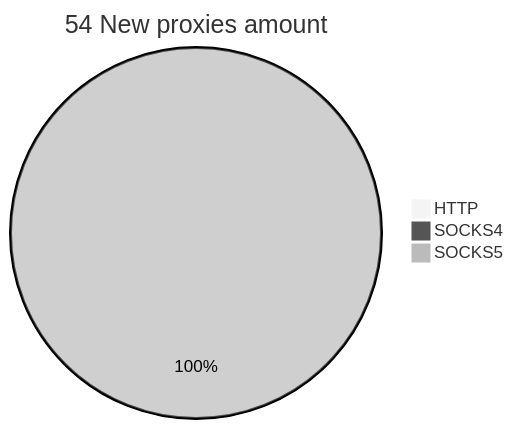
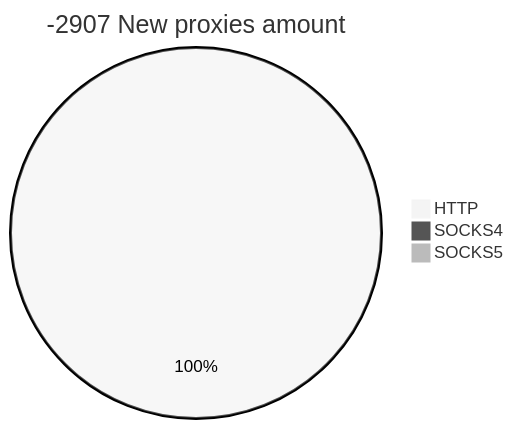
The second of 2 diagrams in README.md (cutipu/proxylist), drawn with Mermaid (neutral theme) before and after one commit. The commit also changed other lines of this file, not shown here.

````diff
--- a/README.md
+++ b/README.md
@@ -10,6 +10,6 @@
 ```mermaid
-pie title 54 New proxies amount
-    "HTTP" : 0
+pie title -2907 New proxies amount
+    "HTTP" : 138
     "SOCKS4" : 0
-    "SOCKS5" : 55
+    "SOCKS5" : 0
 ```
````
